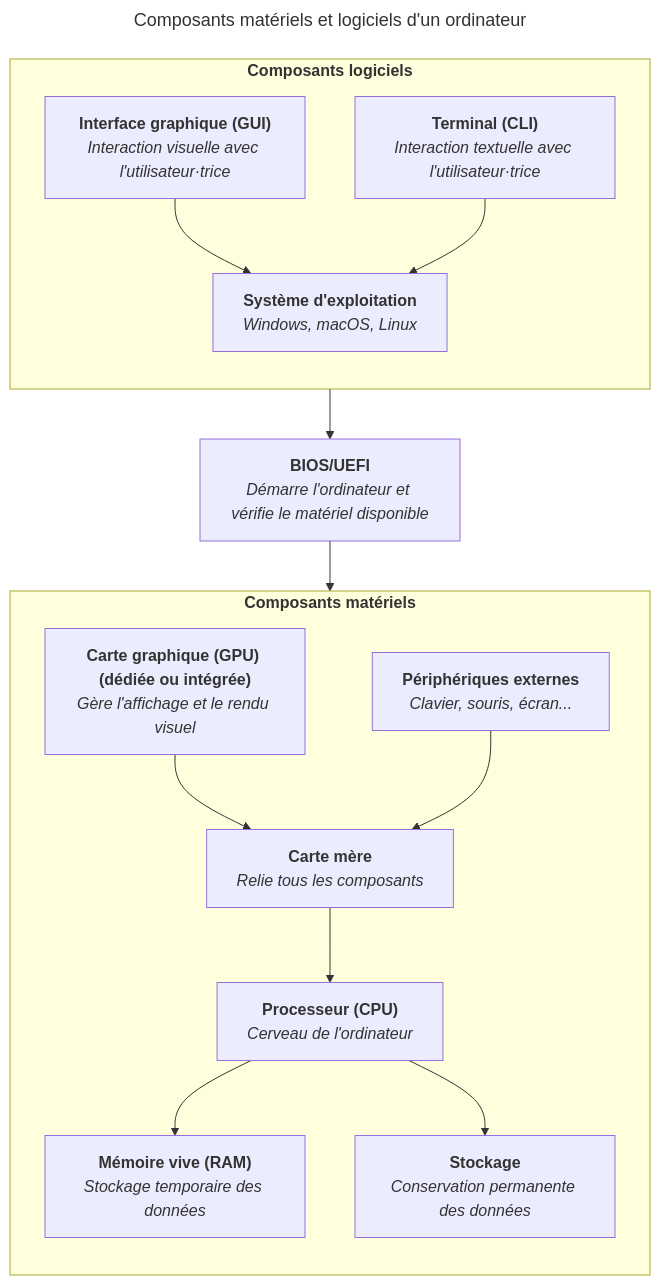
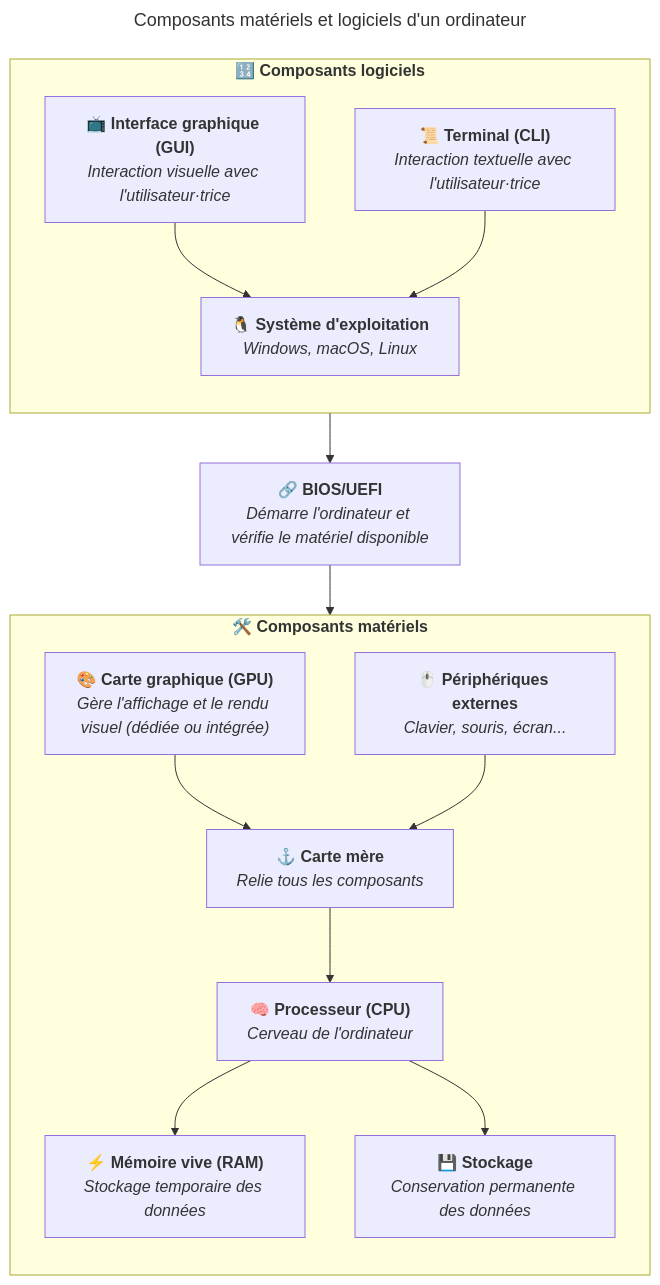
One commit to heig-vd-upinfo-course/heig-vd-upinfo-course changed the diagram in src/content/docs/03-composants-materiels-et-logiciels-dun-ordinateur/10-interface-graphique-gui-et-terminal-cli.mdx. Above: the diagram before and after it, drawn with Mermaid. The commit also changed 26 other files, not shown here.

````diff
--- a/src/content/docs/03-composants-materiels-et-logiciels-dun-ordinateur/10-interface-graphique-gui-et-terminal-cli.mdx
+++ b/src/content/docs/03-composants-materiels-et-logiciels-dun-ordinateur/10-interface-graphique-gui-et-terminal-cli.mdx
@@ -75,65 +75,65 @@
 ```mermaid
 ---
 title: Composants matériels et logiciels d'un ordinateur
 ---
 flowchart
   CPU["`
-    **Processeur (CPU)**
+    **🧠 Processeur (CPU)**
     _Cerveau de l'ordinateur_
   `"]
   RAM["`
-    **Mémoire vive (RAM)**
+    **⚡ Mémoire vive (RAM)**
     _Stockage temporaire des données_
   `"]
   Storage["`
-    **Stockage**
+    **💾 Stockage**
     _Conservation permanente des données_
   `"]
   Motherboard["`
-    **Carte mère**
+    **⚓ Carte mère**
     _Relie tous les composants_
   `"]
   GPU["`
-    **Carte graphique (GPU) (dédiée ou intégrée)**
-    _Gère l'affichage et le rendu visuel_
+    **🎨 Carte graphique (GPU)**
+    _Gère l'affichage et le rendu visuel (dédiée ou intégrée)_
   `"]
   Peripherals["`
-    **Périphériques externes**
+    **🖱️ Périphériques externes**
     _Clavier, souris, écran..._
   `"]
   BIOS_UEFI["`
-    **BIOS/UEFI**
+    **🔗 BIOS/UEFI**
     _Démarre l'ordinateur et vérifie le matériel disponible_
   `"]
   OS["`
-    **Système d'exploitation**
+    **🐧 Système d'exploitation**
     _Windows, macOS, Linux_
   `"]
   GUI["`
-    **Interface graphique (GUI)**
+    **📺 Interface graphique (GUI)**
     _Interaction visuelle avec l'utilisateur·trice_
   `"]
   CLI["`
-    **Terminal (CLI)**
+    **📜 Terminal (CLI)**
     _Interaction textuelle avec l'utilisateur·trice_
   `"]
 
-  subgraph Software["`**Composants logiciels**`"]
+  subgraph Software["`**🔢 Composants logiciels**`"]
     direction TB
 
     GUI --> OS
     CLI --> OS
   end
 
-  subgraph Hardware["`**Composants matériels**`"]
+  subgraph Hardware["`**🛠️ Composants matériels**`"]
     direction TB
 
     CPU --> RAM
     CPU --> Storage
     Motherboard --> CPU
     GPU --> Motherboard
     Peripherals --> Motherboard
   end
 
   Software --> BIOS_UEFI --> Hardware
 ```
````
